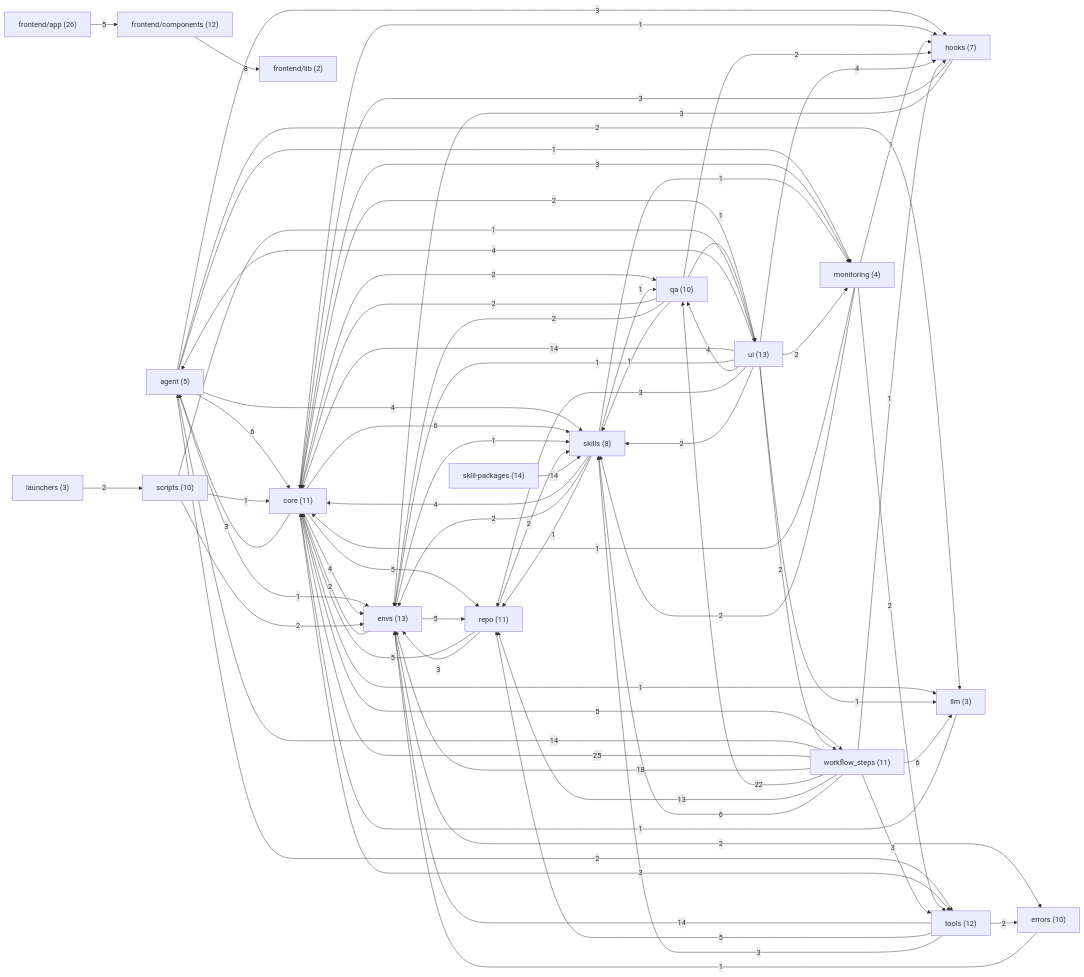
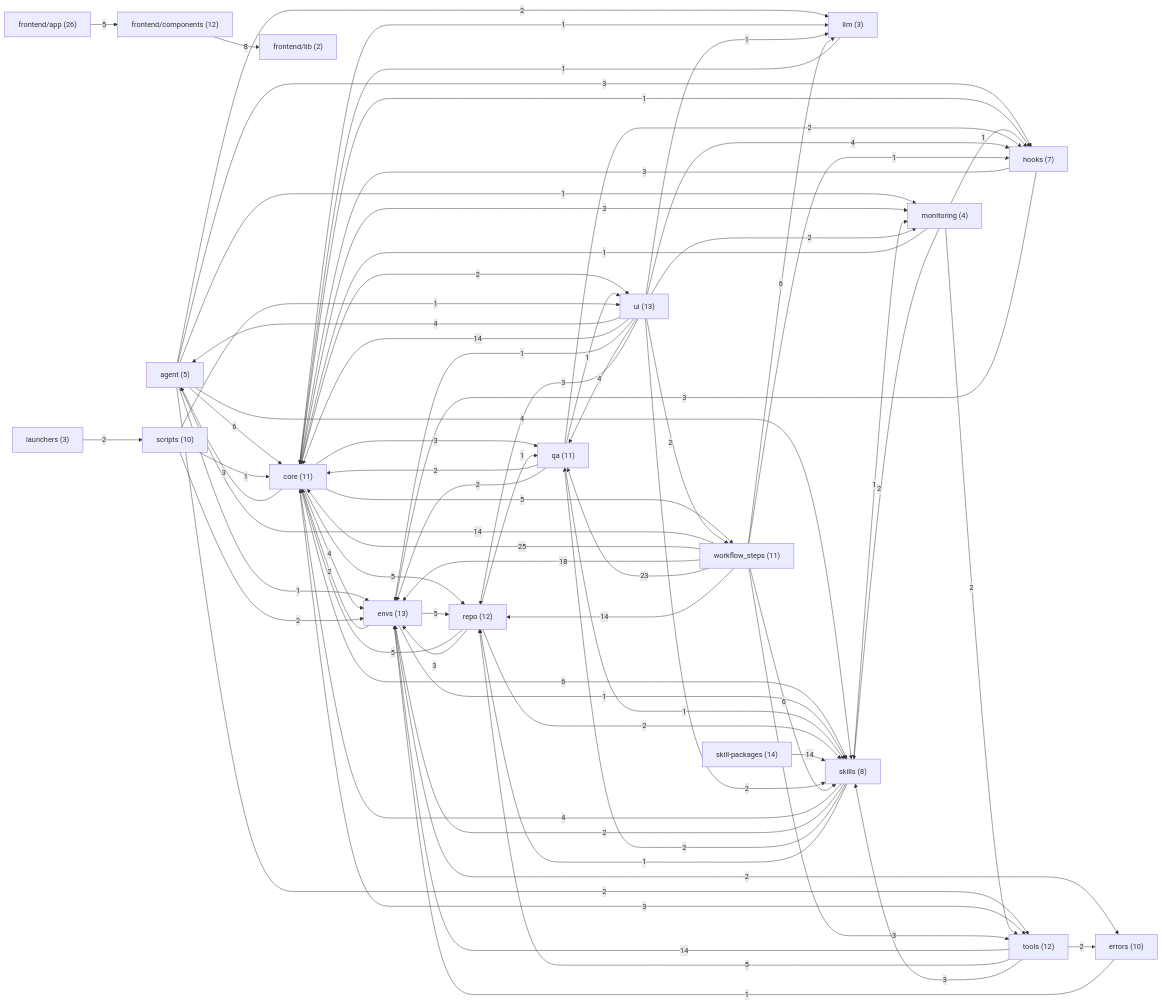
One commit to sarveshtalele/maf-harness-testing changed the second of 21 diagrams in docs/ARCHITECTURE_MAP.md. Above: the diagram before and after it, drawn with Mermaid. The commit also changed other lines of this file and 26 other files, not shown here.

````diff
--- a/docs/ARCHITECTURE_MAP.md
+++ b/docs/ARCHITECTURE_MAP.md
@@ -70,8 +70,8 @@
   g8["launchers (3)"]
   g9["llm (3)"]
   g10["monitoring (4)"]
-  g11["qa (10)"]
-  g12["repo (11)"]
+  g11["qa (11)"]
+  g12["repo (12)"]
   g13["scripts (10)"]
   g14["skill-packages (14)"]
   g15["skills (8)"]
@@ -90,7 +90,7 @@
   g1 -->|1| g7
   g1 -->|1| g9
   g1 -->|3| g10
-  g1 -->|2| g11
+  g1 -->|3| g11
   g1 -->|5| g12
   g1 -->|6| g15
   g1 -->|3| g16
@@ -118,6 +118,7 @@
   g11 -->|1| g17
   g12 -->|5| g1
   g12 -->|3| g2
+  g12 -->|1| g11
   g12 -->|2| g15
   g13 -->|1| g1
   g13 -->|2| g2
@@ -126,7 +127,7 @@
   g15 -->|4| g1
   g15 -->|2| g2
   g15 -->|1| g10
-  g15 -->|1| g11
+  g15 -->|2| g11
   g15 -->|1| g12
   g16 -->|14| g2
   g16 -->|2| g3
@@ -147,8 +148,8 @@
   g18 -->|18| g2
   g18 -->|1| g7
   g18 -->|6| g9
-  g18 -->|22| g11
-  g18 -->|13| g12
+  g18 -->|23| g11
+  g18 -->|14| g12
   g18 -->|6| g15
   g18 -->|3| g16
 ```
````
